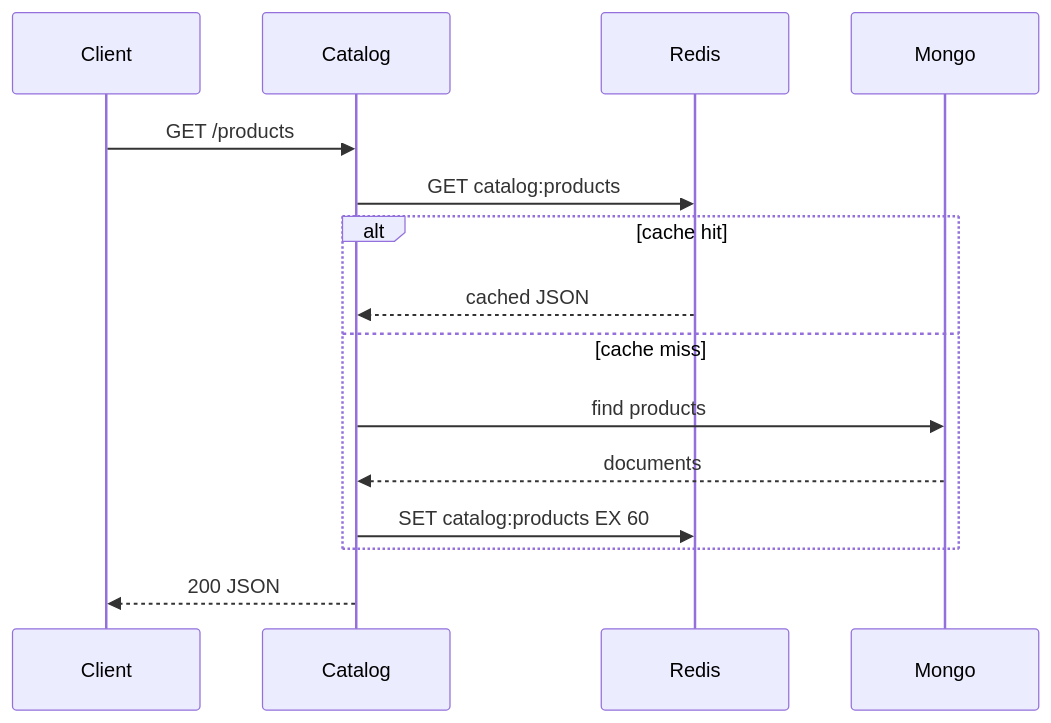
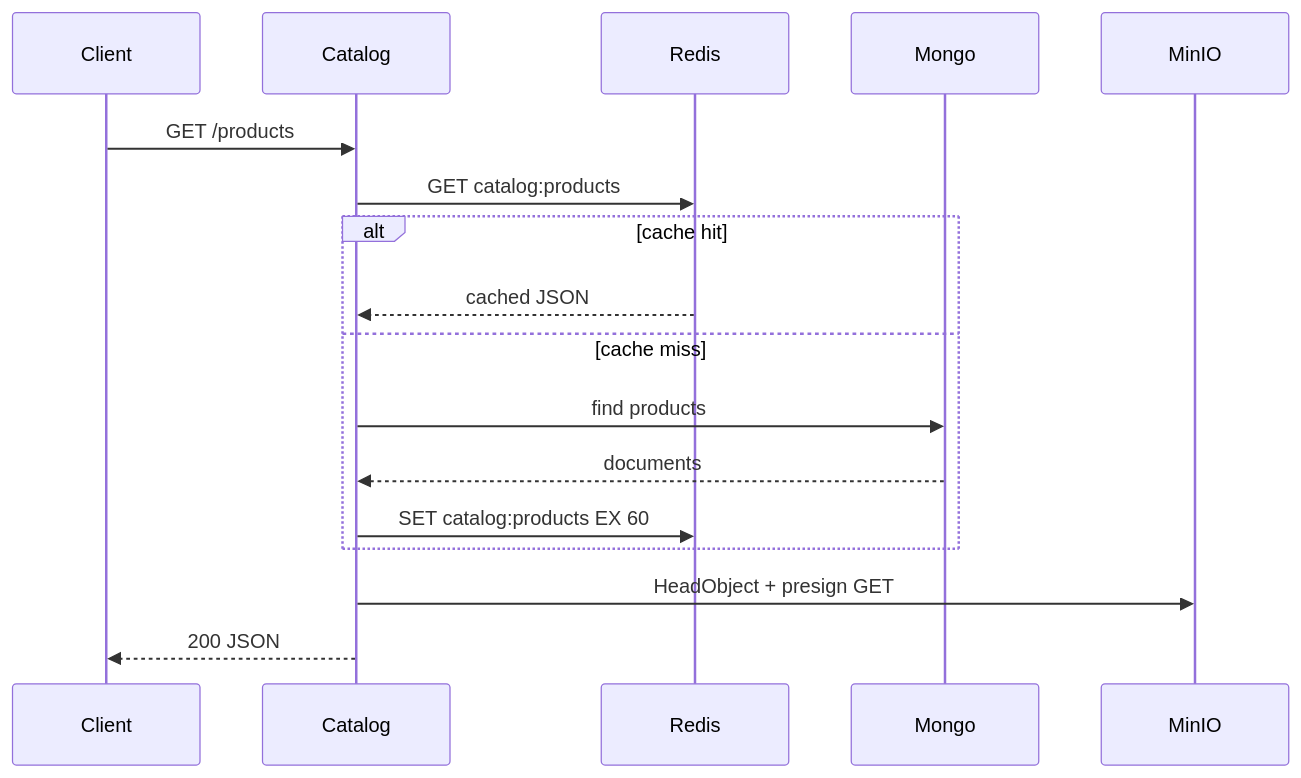
The diagram in docs/docs/architecture/caching.mdx (ianckc/streamshop-distributed-system), drawn with Mermaid before and after one commit. The commit also changed other lines of this file and 27 other files, not shown here.

First line of the commit message:
0016 Add MinIO for catalog images (#19)

````diff
--- a/docs/docs/architecture/caching.mdx
+++ b/docs/docs/architecture/caching.mdx
@@ -30,18 +30,20 @@
 ```mermaid
 sequenceDiagram
   participant Client
   participant Catalog
   participant Redis
   participant Mongo
+  participant MinIO
 
   Client->>Catalog: GET /products
   Catalog->>Redis: GET catalog:products
   alt cache hit
     Redis-->>Catalog: cached JSON
   else cache miss
     Catalog->>Mongo: find products
     Mongo-->>Catalog: documents
     Catalog->>Redis: SET catalog:products EX 60
   end
+  Catalog->>MinIO: HeadObject + presign GET
   Catalog-->>Client: 200 JSON
 ```
````
